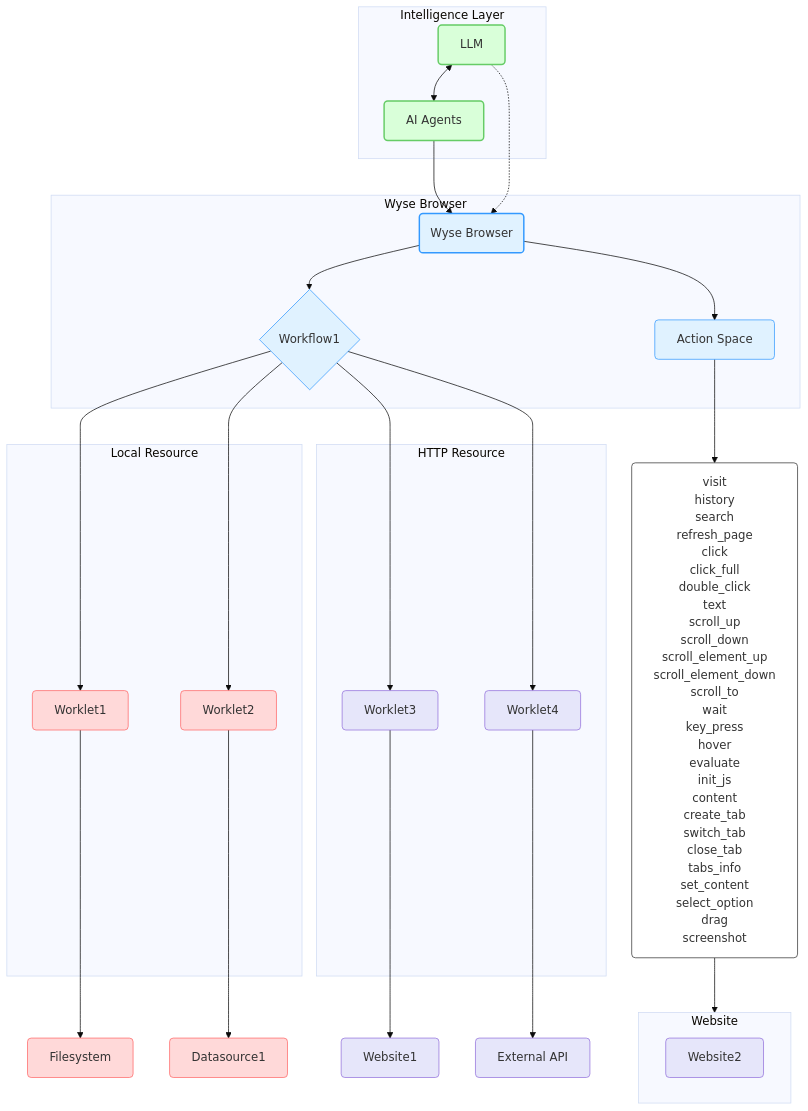
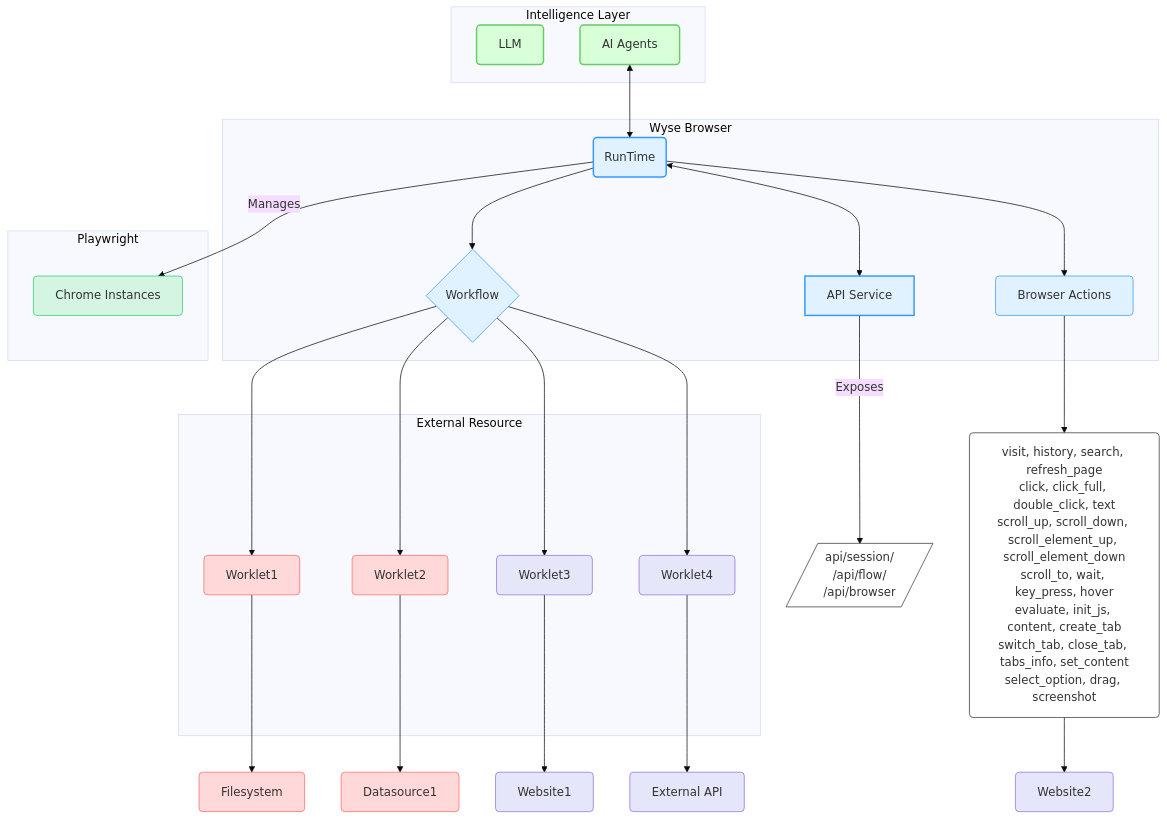
The diagram in README.md (WyseOS/wyse-browser), drawn with Mermaid (base theme) before and after one commit. The commit also changed other lines of this file and 1 other file, not shown here.

Commit message:
add API service to Readme

````diff
--- a/README.md
+++ b/README.md
@@ -11,63 +11,69 @@
 ```mermaid
 graph TD
     subgraph Intelligence Layer
         M[LLM]
         A[AI Agents]
     end
-    M <--> A
-    A --> B(Wyse Browser)
-    M -.-> B
-    B --> C{Workflow1}
+
+    subgraph Wyse Browser
+        B(RunTime)
+        C{Workflow}
+        AS[Browser Actions]
+        APIS[API Service]
+    end
+
+    subgraph "Playwright"
+        BIs[Chrome Instances]
+    end
+  
+    A <--> B
+    B <--> APIS
+    B --> C
+    B --> AS
     
-    subgraph Wyse Browser
-        B
-        C
-        AS[Action Space]
-    end
-    B --> AS
+    B -- Manages --> BIs
 
-    AL[visit<br/>history<br/>search<br/>refresh_page<br/>click<br/>click_full<br/>double_click<br/>text<br/>scroll_up<br/>scroll_down<br/>scroll_element_up<br/>scroll_element_down<br/>scroll_to<br/>wait<br/>key_press<br/>hover<br/>evaluate<br/>init_js<br/>content<br/>create_tab<br/>switch_tab<br/>close_tab<br/>tabs_info<br/>set_content<br/>select_option<br/>drag<br/>screenshot]
+
+    APIS -- Exposes --> APIList[/api/session/<br>/api/flow/<br>/api/browser/]
+
+    AL[visit, history, search, refresh_page<br/>click, click_full, double_click, text<br/>scroll_up, scroll_down, scroll_element_up, scroll_element_down<br/>scroll_to, wait, key_press, hover<br/>evaluate, init_js, content, create_tab<br/>switch_tab, close_tab, tabs_info, set_content<br/>select_option, drag, screenshot]
     AS --> AL
 
-    subgraph Website
-        direction RL
-        W2[Website2]
-    end
-    AL --> W2
+    AL --> W2[Website2]
 
     C --> D[Worklet1]
     C --> E[Worklet2]
     C --> F[Worklet3]
     C --> G[Worklet4]
     
-    subgraph Local Resource
+    subgraph External Resource
         D
         E
-    end
-
-    subgraph HTTP Resource
         F
         G
     end
 
     D --> I[Filesystem]
     E --> J[Datasource1]
     F --> K[Website1]
     G --> L[External API]
 
     style M fill:#D9FFD9,stroke:#66CC66,stroke-width:2px,rx:5px,ry:5px;
     style A fill:#D9FFD9,stroke:#66CC66,stroke-width:2px,rx:5px,ry:5px;
     style B fill:#E0F2FF,stroke:#3399FF,stroke-width:2px;
     style C fill:#E0F2FF,stroke:#3399FF,stroke-width:1px,rx:5px,ry:5px;
     style AS fill:#E0F2FF,stroke:#3399FF,stroke-width:1px,rx:5px,ry:5px;
+    style APIS fill:#E0F2FF,stroke:#3399FF,stroke-width:2px;
+    style APIList fill:#FFF,stroke:#333,stroke-width:1px,rx:5px,ry:5px;
     style D fill:#FFD9D9,stroke:#FF6666,stroke-width:1px,rx:5px,ry:5px;
     style E fill:#FFD9D9,stroke:#FF6666,stroke-width:1px,rx:5px,ry:5px;
     style F fill:#E6E6FA,stroke:#9370DB,stroke-width:1px,rx:5px,ry:5px;
     style G fill:#E6E6FA,stroke:#9370DB,stroke-width:1px,rx:5px,ry:5px;
     style I fill:#FFD9D9,stroke:#FF6666,stroke-width:1px,rx:5px,ry:5px;
     style J fill:#FFD9D9,stroke:#FF6666,stroke-width:1px,rx:5px,ry:5px;
     style K fill:#E6E6FA,stroke:#9370DB,stroke-width:1px,rx:5px,ry:5px;
     style L fill:#E6E6FA,stroke:#9370DB,stroke-width:1px,rx:5px,ry:5px;
     style W2 fill:#E6E6FA,stroke:#9370DB,stroke-width:1px,rx:5px,ry:5px;
     style AL fill:#FFF,stroke:#333,stroke-width:1px,rx:5px,ry:5px;
+    style BIs fill:#D5F5E3,stroke:#2ECC71,stroke-width:1px,rx:5px,ry:5px;
 ```
````
